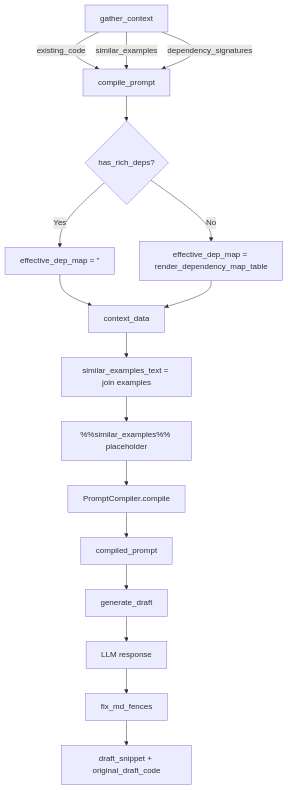
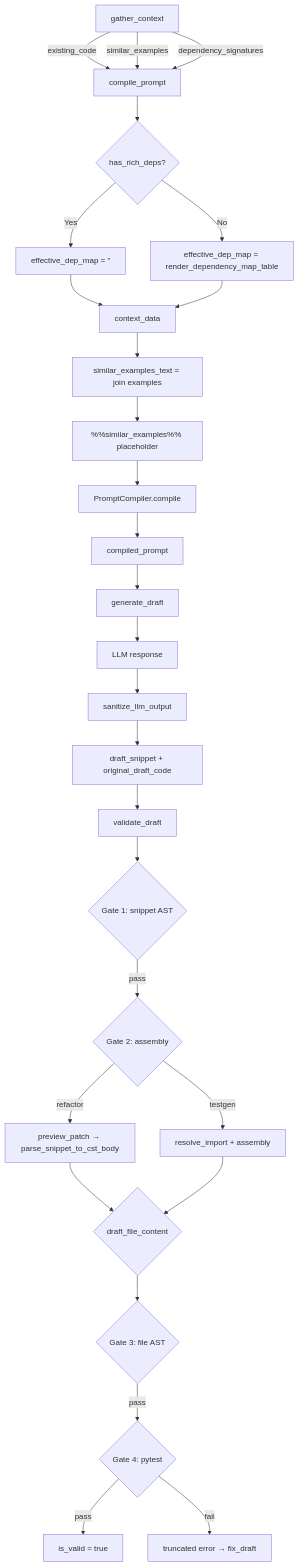
Before and after one commit to solvire/orka: the second of 2 diagrams in docs/FLOW_CONTROL.md, drawn with Mermaid. The commit also changed other lines of this file and 10 other files, not shown here.

````diff
--- a/docs/FLOW_CONTROL.md
+++ b/docs/FLOW_CONTROL.md
@@ -66,24 +69,36 @@
 ```mermaid
 flowchart TD
     A[gather_context] -->|existing_code| B[compile_prompt]
     A -->|similar_examples| B
     A -->|dependency_signatures| B
     
     B --> C{has_rich_deps?}
     C -->|Yes| D[effective_dep_map = '']
     C -->|No| E[effective_dep_map = render_dependency_map_table]
     
     D --> F[context_data]
     E --> F
     
     F --> G[similar_examples_text = join examples]
     G --> H[%%similar_examples%% placeholder]
     
     H --> I[PromptCompiler.compile]
     I --> J[compiled_prompt]
     
     J --> K[generate_draft]
     K --> L[LLM response]
-    L --> M[fix_md_fences]
+    L --> M[sanitize_llm_output]
     M --> N[draft_snippet + original_draft_code]
+    
+    N --> O[validate_draft]
+    O --> P{Gate 1: snippet AST}
+    P -->|pass| Q{Gate 2: assembly}
+    Q -->|refactor| R[preview_patch → parse_snippet_to_cst_body]
+    Q -->|testgen| S[resolve_import + assembly]
+    R --> T{draft_file_content}
+    S --> T
+    T --> U{Gate 3: file AST}
+    U -->|pass| V{Gate 4: pytest}
+    V -->|pass| W[is_valid = true]
+    V -->|fail| X[truncated error → fix_draft]
 ```
````
